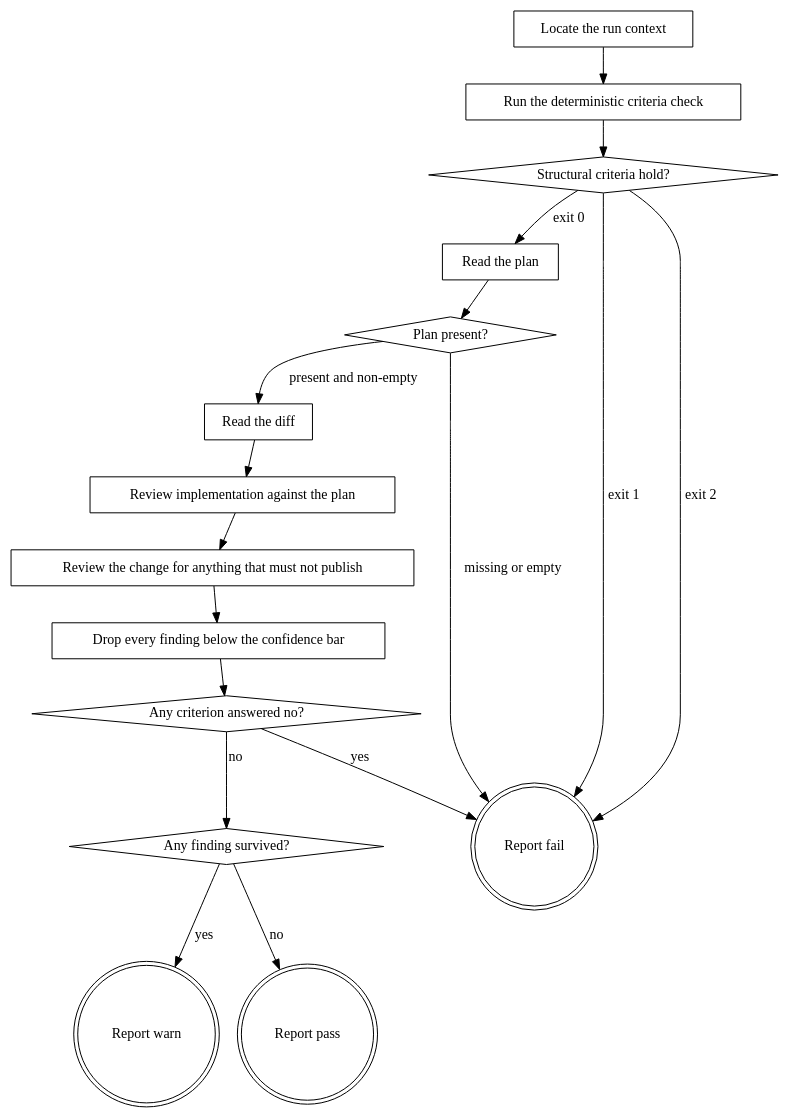
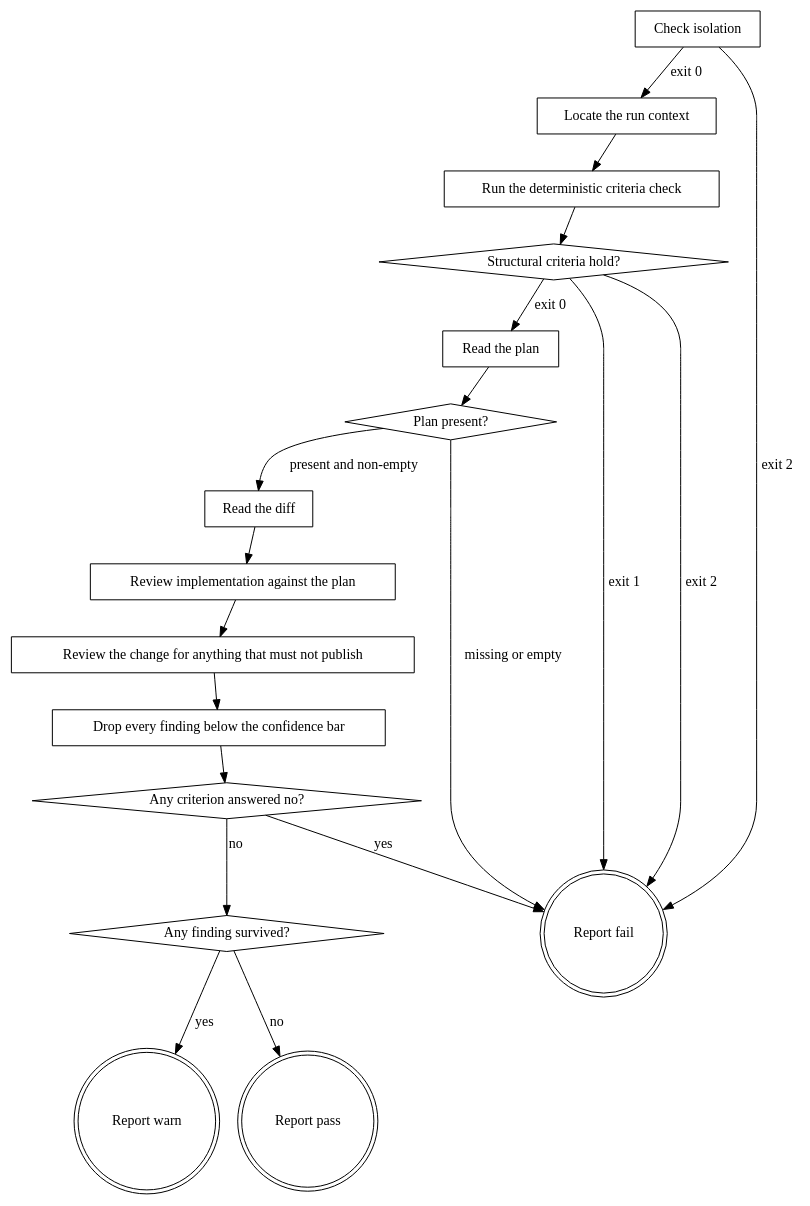
Before and after one commit to agenticDraft/aem-eds-ai-workflow-demo: the diagram in plugins/eds/skills/eds-publish-gate/SKILL.md, drawn with Graphviz. The commit also changed other lines of this file and 3 other files, not shown here.

First line of the commit message:
eds gates check their own isolation and cap pass at warn when absent (D537)

````diff
--- a/plugins/eds/skills/eds-publish-gate/SKILL.md
+++ b/plugins/eds/skills/eds-publish-gate/SKILL.md
@@ -46,35 +48,38 @@
 ```dot
 digraph eds_publish_gate {
+    "Check isolation" [shape=box];
     "Locate the run context" [shape=box];
     "Run the deterministic criteria check" [shape=box];
     "Structural criteria hold?" [shape=diamond];
     "Read the plan" [shape=box];
     "Plan present?" [shape=diamond];
     "Read the diff" [shape=box];
     "Review implementation against the plan" [shape=box];
     "Review the change for anything that must not publish" [shape=box];
     "Drop every finding below the confidence bar" [shape=box];
     "Any criterion answered no?" [shape=diamond];
     "Any finding survived?" [shape=diamond];
     "Report fail" [shape=doublecircle];
     "Report warn" [shape=doublecircle];
     "Report pass" [shape=doublecircle];
 
+    "Check isolation" -> "Locate the run context" [label="exit 0"];
+    "Check isolation" -> "Report fail" [label="exit 2"];
     "Locate the run context" -> "Run the deterministic criteria check";
     "Run the deterministic criteria check" -> "Structural criteria hold?";
     "Structural criteria hold?" -> "Read the plan" [label="exit 0"];
     "Structural criteria hold?" -> "Report fail" [label="exit 1"];
     "Structural criteria hold?" -> "Report fail" [label="exit 2"];
     "Read the plan" -> "Plan present?";
     "Plan present?" -> "Read the diff" [label="present and non-empty"];
     "Plan present?" -> "Report fail" [label="missing or empty"];
     "Read the diff" -> "Review implementation against the plan";
     "Review implementation against the plan" -> "Review the change for anything that must not publish";
     "Review the change for anything that must not publish" -> "Drop every finding below the confidence bar";
     "Drop every finding below the confidence bar" -> "Any criterion answered no?";
     "Any criterion answered no?" -> "Report fail" [label="yes"];
     "Any criterion answered no?" -> "Any finding survived?" [label="no"];
     "Any finding survived?" -> "Report warn" [label="yes"];
     "Any finding survived?" -> "Report pass" [label="no"];
 }
 ```
````
